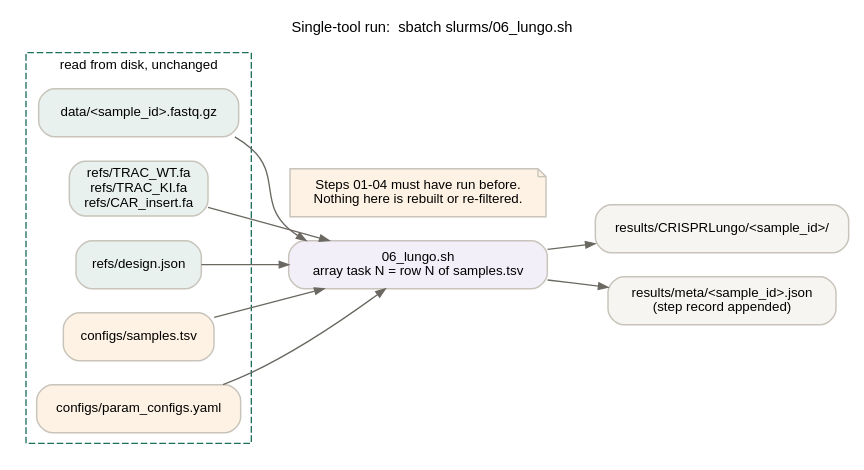
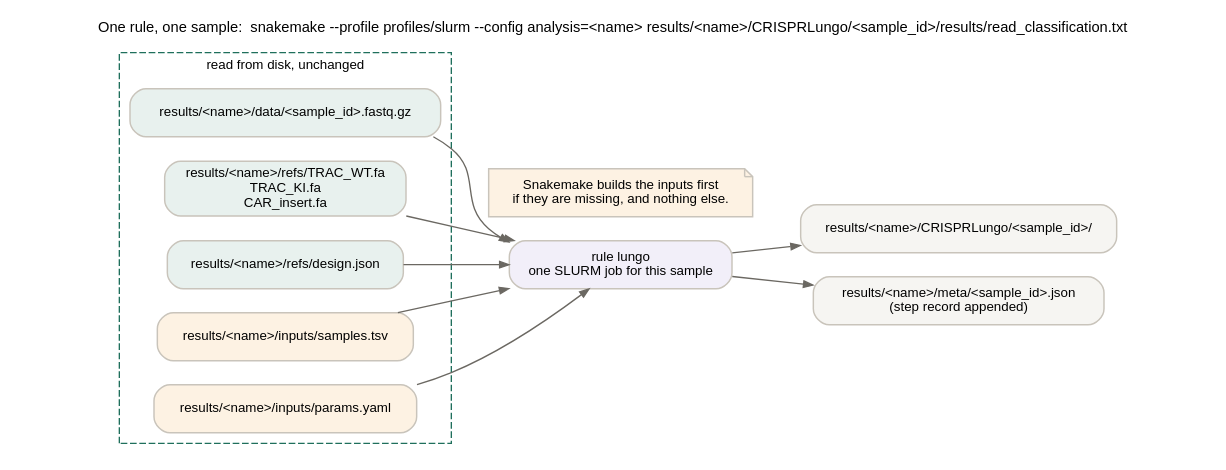
Before and after one commit to ssenci97/ONT-CRISPR-knock-in: the diagram in docs/diagrams/02_single_tool.dot, drawn with Graphviz. The commit also changed 52 other files, not shown here.

```diff
--- a/docs/diagrams/02_single_tool.dot
+++ b/docs/diagrams/02_single_tool.dot
@@ -1,23 +1,23 @@
 digraph single_tool {
   graph [rankdir=LR, bgcolor="white", fontname="Helvetica", fontsize=11, labelloc=t,
-         label="Single-tool run:  sbatch slurms/06_lungo.sh"];
+         label="One rule, one sample:  snakemake --profile profiles/slurm --config analysis=<name> results/<name>/CRISPRLungo/<sample_id>/results/read_classification.txt"];
   node [fontname="Helvetica", fontsize=10, shape=box, style="rounded,filled", color="#c9c4bb", penwidth=1.1];
   edge [color="#6b6862", arrowsize=0.7];
 
   subgraph cluster_in {
     label="read from disk, unchanged"; fontname="Helvetica"; fontsize=10; color="#1f6f5c"; style=dashed;
-    fastq  [label="data/<sample_id>.fastq.gz", fillcolor="#e8f1ee"];
-    refs   [label="refs/TRAC_WT.fa\nrefs/TRAC_KI.fa\nrefs/CAR_insert.fa", fillcolor="#e8f1ee"];
-    design [label="refs/design.json", fillcolor="#e8f1ee"];
-    sheet  [label="configs/samples.tsv", fillcolor="#fdf2e3"];
-    yaml   [label="configs/param_configs.yaml", fillcolor="#fdf2e3"];
+    fastq  [label="results/<name>/data/<sample_id>.fastq.gz", fillcolor="#e8f1ee"];
+    refs   [label="results/<name>/refs/TRAC_WT.fa\nTRAC_KI.fa\nCAR_insert.fa", fillcolor="#e8f1ee"];
+    design [label="results/<name>/refs/design.json", fillcolor="#e8f1ee"];
+    sheet  [label="results/<name>/inputs/samples.tsv", fillcolor="#fdf2e3"];
+    yaml   [label="results/<name>/inputs/params.yaml", fillcolor="#fdf2e3"];
   }
-  step [label="06_lungo.sh\narray task N = row N of samples.tsv", fillcolor="#f2eff9"];
-  out  [label="results/CRISPRLungo/<sample_id>/", fillcolor="#f6f5f2"];
-  meta [label="results/meta/<sample_id>.json\n(step record appended)", fillcolor="#f6f5f2"];
+  step [label="rule lungo\none SLURM job for this sample", fillcolor="#f2eff9"];
+  out  [label="results/<name>/CRISPRLungo/<sample_id>/", fillcolor="#f6f5f2"];
+  meta [label="results/<name>/meta/<sample_id>.json\n(step record appended)", fillcolor="#f6f5f2"];
 
   fastq -> step; refs -> step; design -> step; sheet -> step; yaml -> step;
   step -> out; step -> meta;
-  note [shape=note, fillcolor="#fdf2e3", label="Steps 01-04 must have run before.\nNothing here is rebuilt or re-filtered."];
+  note [shape=note, fillcolor="#fdf2e3", label="Snakemake builds the inputs first\nif they are missing, and nothing else."];
   { rank=same; step; note; }
 }
```
